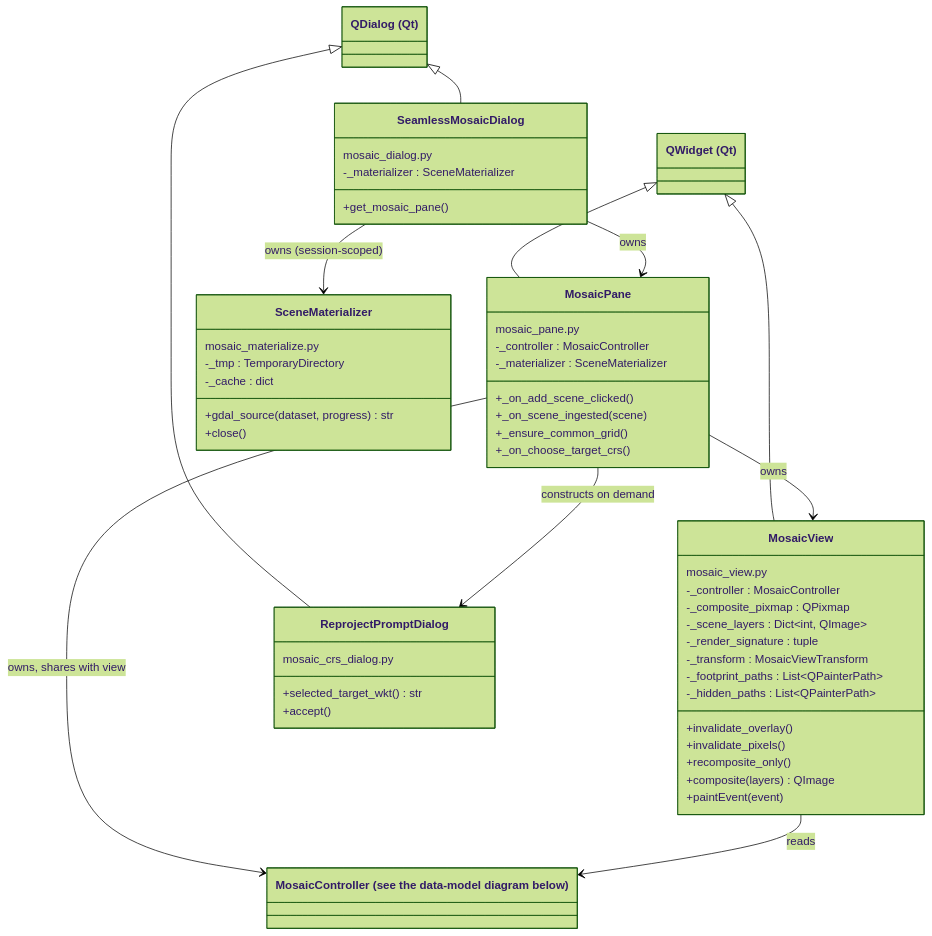
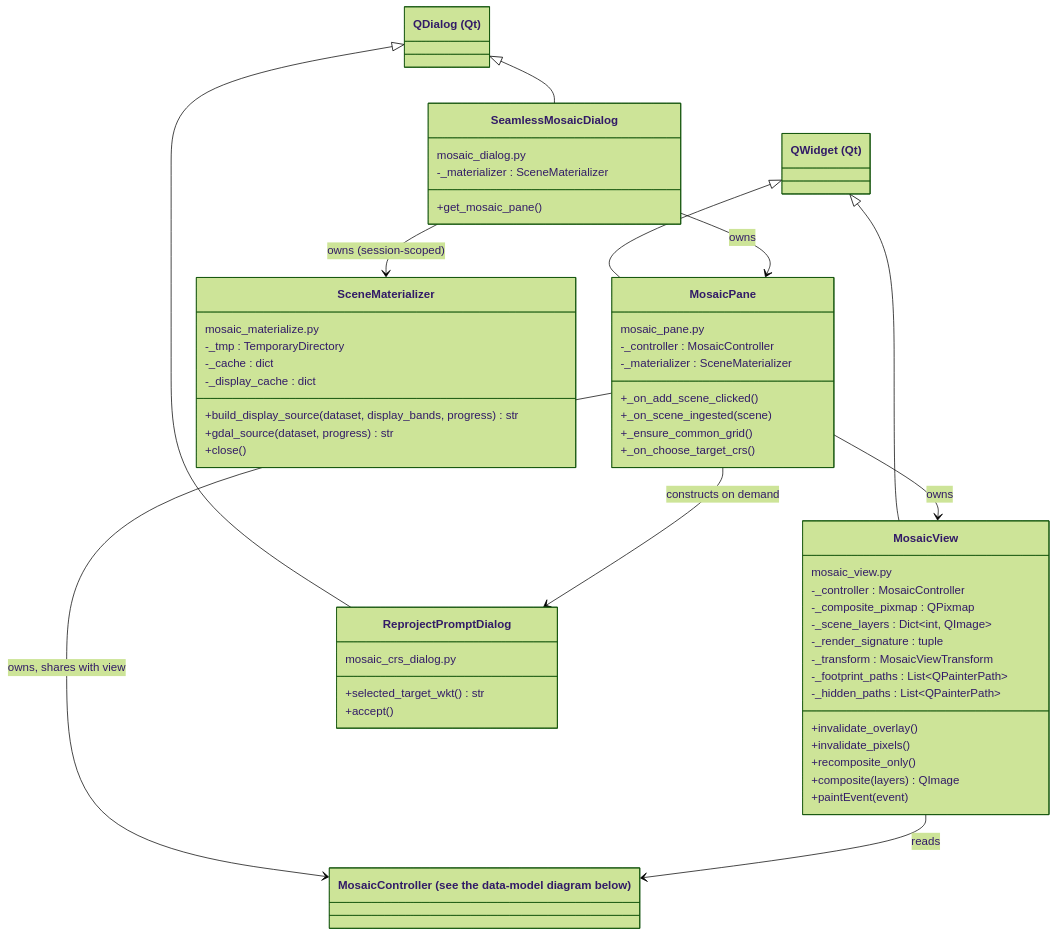
The first of 6 diagrams in doc/sphinx-general-wiser-docs/source/developer-content/mosaic-internals.md (Ehlmann-research-group/WISER), drawn with Mermaid (forest theme) before and after one commit. The commit also changed other lines of this file, not shown here.

Commit message:
doc: Updating docs for mosaic internals based on display band changes

````diff
--- a/doc/sphinx-general-wiser-docs/source/developer-content/mosaic-internals.md
+++ b/doc/sphinx-general-wiser-docs/source/developer-content/mosaic-internals.md
@@ -78,66 +86,68 @@
 ```{mermaid}
 classDiagram
     direction TB
 
     class QDialog["QDialog (Qt)"]
     class QWidget["QWidget (Qt)"]
     class MosaicController["MosaicController (see the data-model diagram below)"]
 
     class SeamlessMosaicDialog {
         mosaic_dialog.py
         -_materializer : SceneMaterializer
         +get_mosaic_pane()
     }
 
     class MosaicPane {
         mosaic_pane.py
         -_controller : MosaicController
         -_materializer : SceneMaterializer
         +_on_add_scene_clicked()
         +_on_scene_ingested(scene)
         +_ensure_common_grid()
         +_on_choose_target_crs()
     }
 
     class MosaicView {
         mosaic_view.py
         -_controller : MosaicController
         -_composite_pixmap : QPixmap
         -_scene_layers : Dict~int, QImage~
         -_render_signature : tuple
         -_transform : MosaicViewTransform
         -_footprint_paths : List~QPainterPath~
         -_hidden_paths : List~QPainterPath~
         +invalidate_overlay()
         +invalidate_pixels()
         +recomposite_only()
         +composite(layers) QImage
         +paintEvent(event)
     }
 
     class SceneMaterializer {
         mosaic_materialize.py
         -_tmp : TemporaryDirectory
         -_cache : dict
+        -_display_cache : dict
+        +build_display_source(dataset, display_bands, progress) str
         +gdal_source(dataset, progress) str
         +close()
     }
 
     class ReprojectPromptDialog {
         mosaic_crs_dialog.py
         +selected_target_wkt() str
         +accept()
     }
 
     QDialog <|-- SeamlessMosaicDialog
     QDialog <|-- ReprojectPromptDialog
     QWidget <|-- MosaicPane
     QWidget <|-- MosaicView
 
     SeamlessMosaicDialog --> MosaicPane : owns
     SeamlessMosaicDialog --> SceneMaterializer : owns (session-scoped)
     MosaicPane --> MosaicView : owns
     MosaicPane --> ReprojectPromptDialog : constructs on demand
     MosaicPane --> MosaicController : owns, shares with view
     MosaicView --> MosaicController : reads
 ```
````
